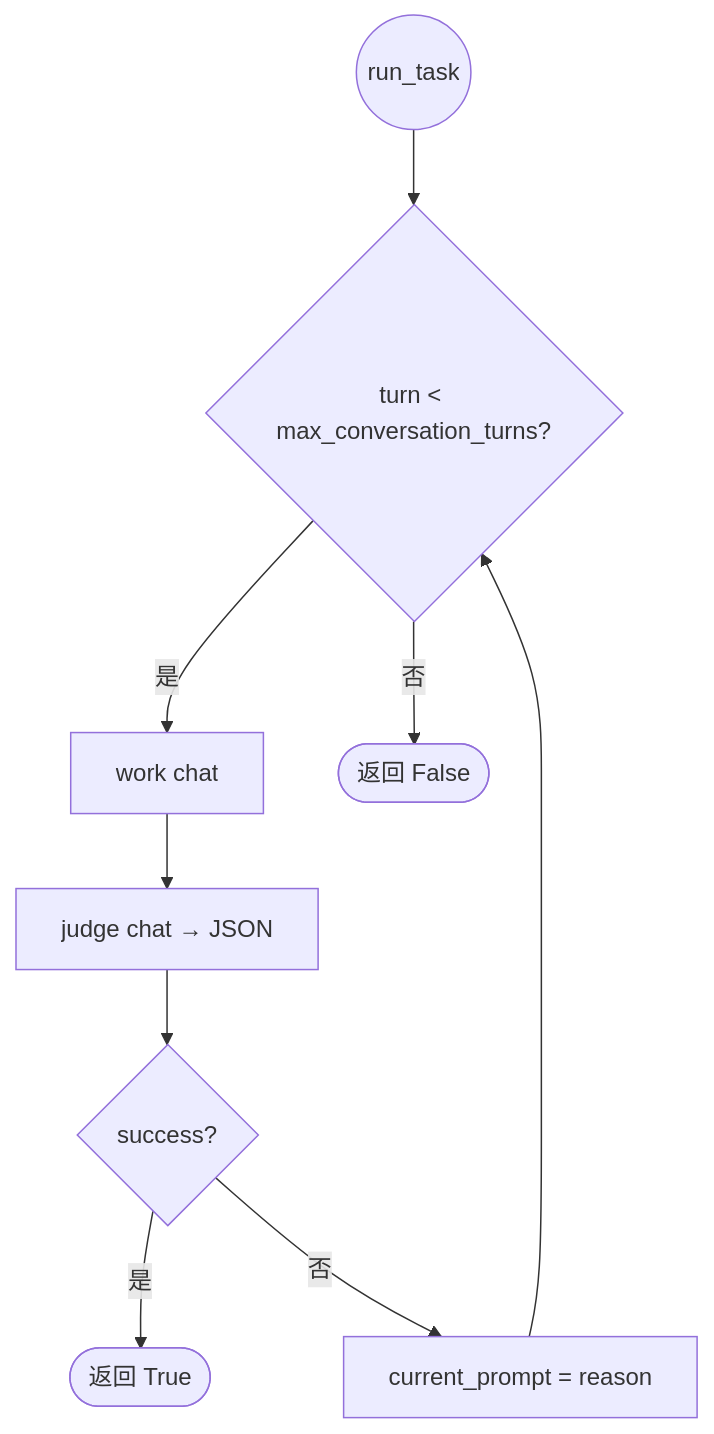
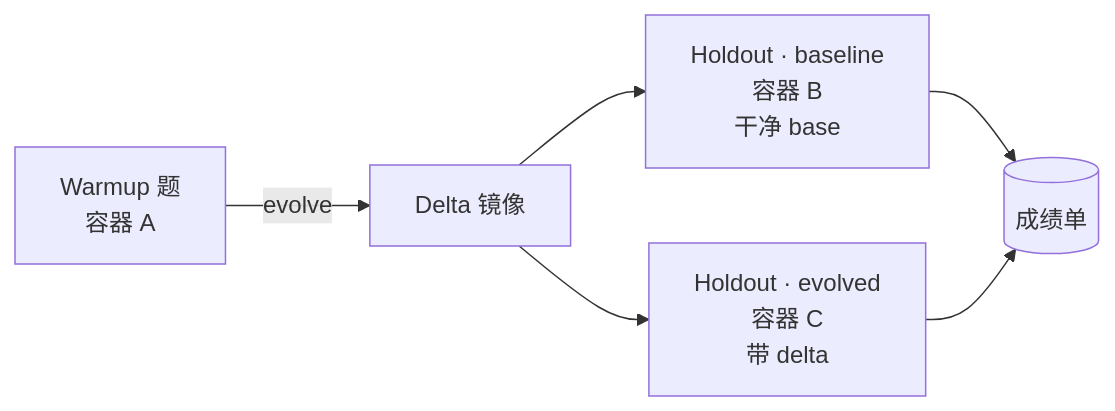
One commit to FeiZhuNiU-INFJA/LIFT changed the diagram in README.md. Above: the diagram before and after it, drawn with Mermaid. The commit also changed other lines of this file and 5 other files, not shown here.

````diff
--- a/README.md
+++ b/README.md
@@ -224,11 +36,8 @@
 ```mermaid
-flowchart TD
-    A((run_task)) --> B{turn < max_conversation_turns?}
-    B -->|是| C[work chat]
-    C --> D[judge chat → JSON]
-    D --> E{success?}
-    E -->|是| F([返回 True])
-    E -->|否| G[current_prompt = reason]
-    G --> B
-    B -->|否| H([返回 False])
+flowchart LR
+    A[Warmup 题<br/>容器 A] -->|evolve| D[Delta 镜像]
+    D --> B[Holdout · baseline<br/>容器 B<br/>干净 base]
+    D --> C[Holdout · evolved<br/>容器 C<br/>带 delta]
+    B --> R[(成绩单)]
+    C --> R
 ```
````
